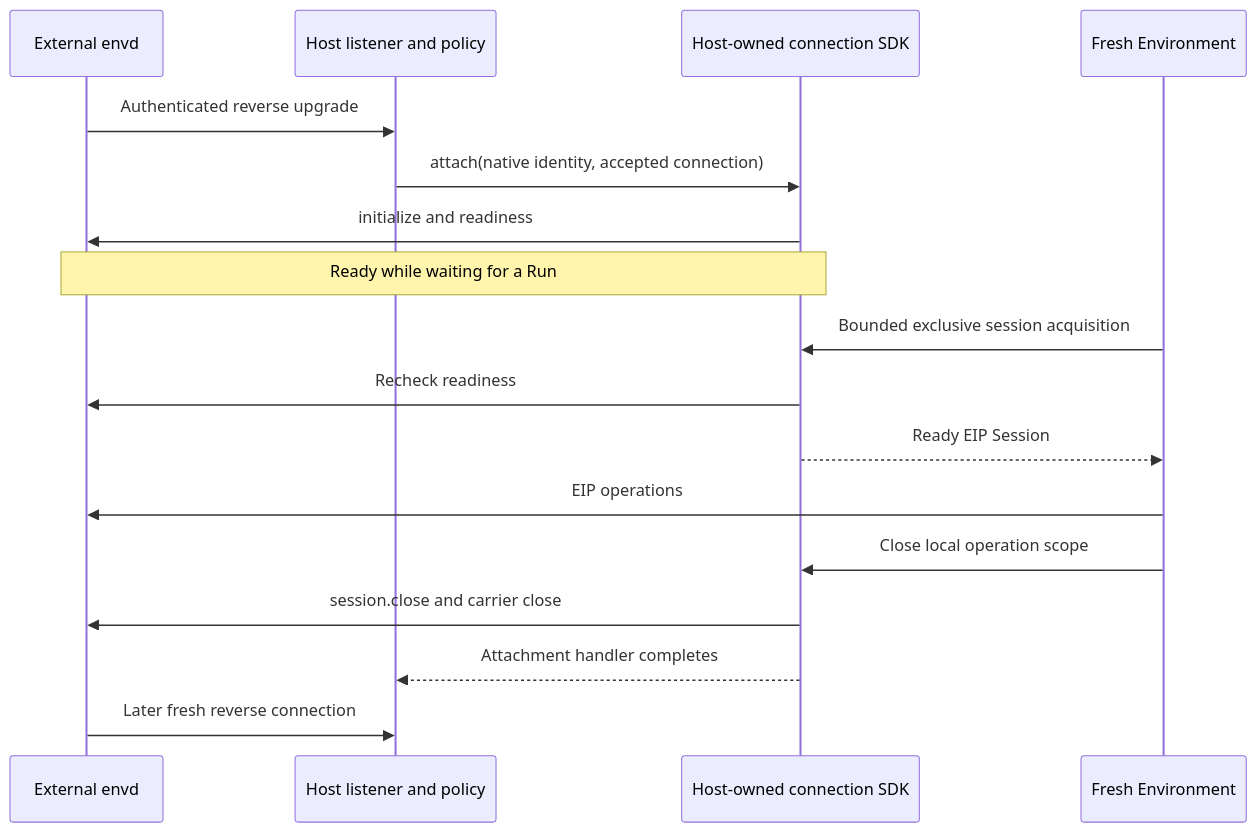
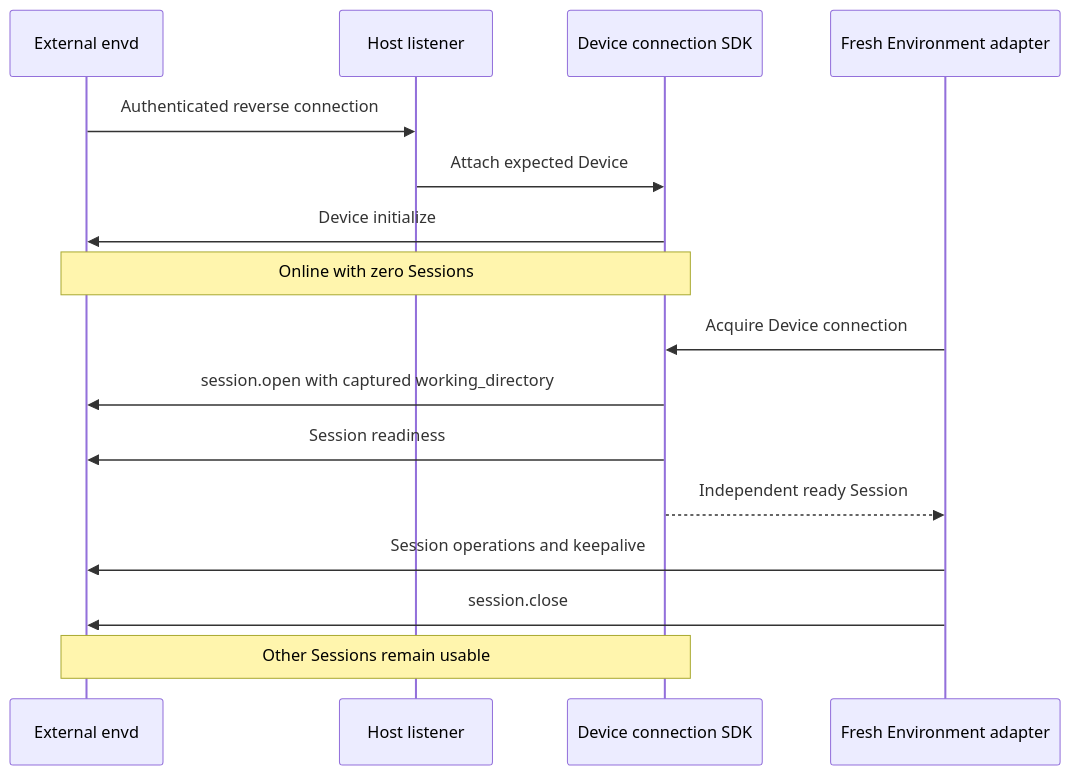
The diagram in spec/a13n-environment/04-remote-envd.md (LTThreeComma/agent-foundation), drawn with Mermaid before and after one commit. The commit also changed other lines of this file and 45 other files, not shown here.

First line of the commit message:
docs(spec)!: define device sessions and directory discovery (#569)

````diff
--- a/spec/a13n-environment/04-remote-envd.md
+++ b/spec/a13n-environment/04-remote-envd.md
@@ -68,19 +52,18 @@
 ```mermaid
 sequenceDiagram
     participant Daemon as External envd
-    participant Host as Host listener and policy
-    participant SDK as Host-owned connection SDK
-    participant Env as Fresh Environment
-    Daemon->>Host: Authenticated reverse upgrade
-    Host->>SDK: attach(native identity, accepted connection)
-    SDK->>Daemon: initialize and readiness
-    Note over SDK,Daemon: Ready while waiting for a Run
-    Env->>SDK: Bounded exclusive session acquisition
-    SDK->>Daemon: Recheck readiness
-    SDK-->>Env: Ready EIP Session
-    Env->>Daemon: EIP operations
-    Env->>SDK: Close local operation scope
-    SDK->>Daemon: session.close and carrier close
-    SDK-->>Host: Attachment handler completes
-    Daemon->>Host: Later fresh reverse connection
+    participant Host as Host listener
+    participant SDK as Device connection SDK
+    participant Env as Fresh Environment adapter
+    Daemon->>Host: Authenticated reverse connection
+    Host->>SDK: Attach expected Device
+    SDK->>Daemon: Device initialize
+    Note over SDK,Daemon: Online with zero Sessions
+    Env->>SDK: Acquire Device connection
+    SDK->>Daemon: session.open with captured working_directory
+    SDK->>Daemon: Session readiness
+    SDK-->>Env: Independent ready Session
+    Env->>Daemon: Session operations and keepalive
+    Env->>Daemon: session.close
+    Note over SDK,Daemon: Other Sessions remain usable
 ```
````
